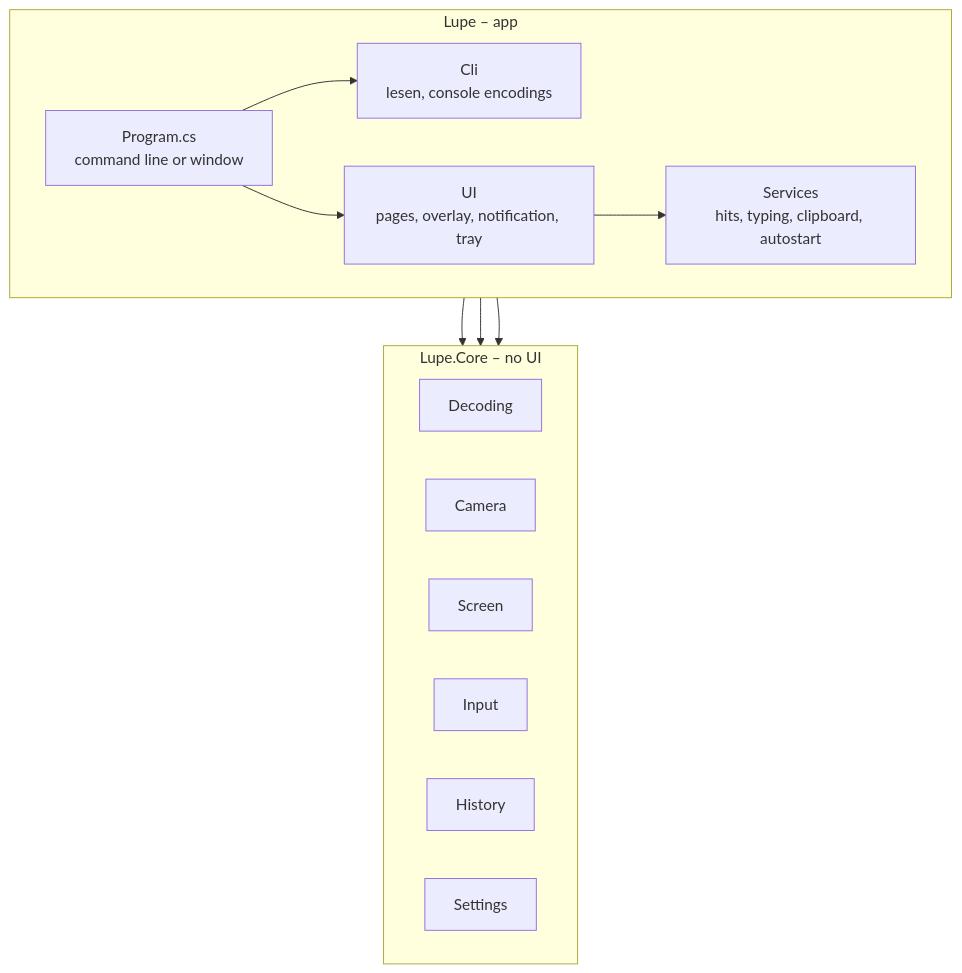
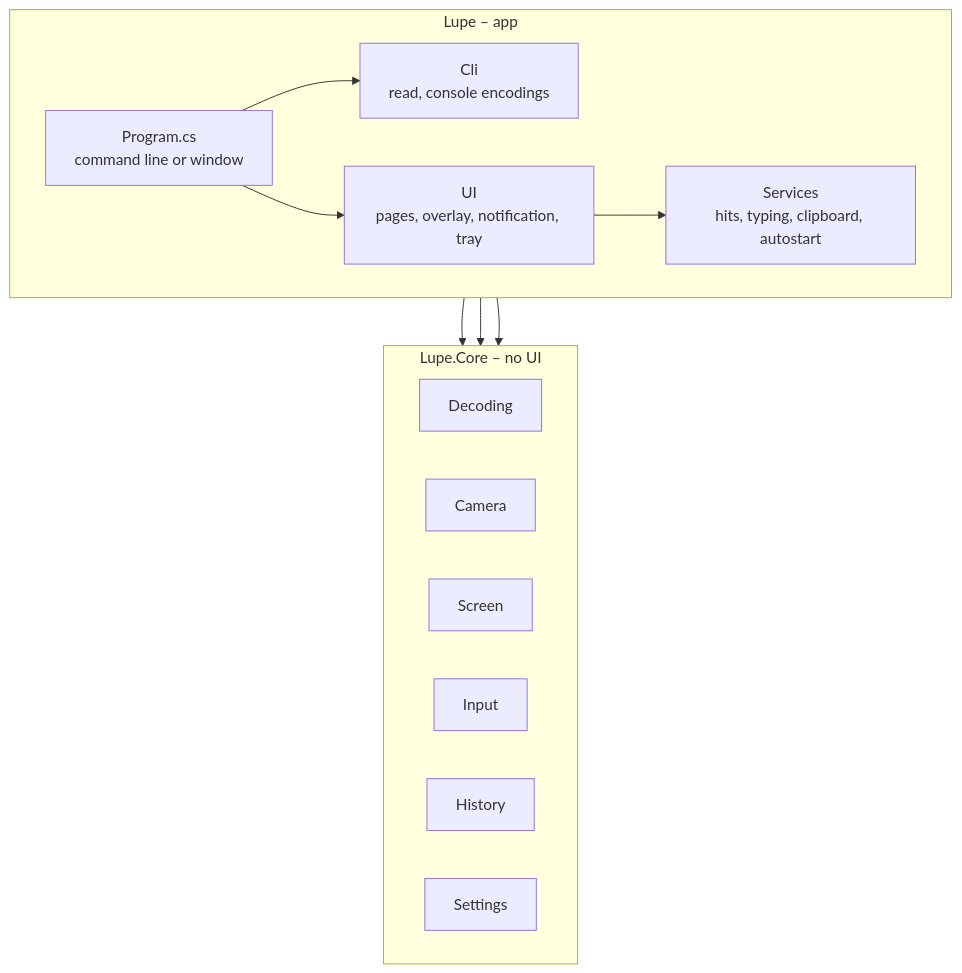
The diagram in docs/development.md (ict-baden/lupe), drawn with Mermaid before and after one commit. The commit also changed other lines of this file and 31 other files, not shown here.

````diff
--- a/docs/development.md
+++ b/docs/development.md
@@ -87,25 +87,25 @@
 ```mermaid
 flowchart TB
     subgraph App["Lupe – app"]
         direction LR
         P["Program.cs<br>command line or window"]
-        CLI["Cli<br>lesen, console encodings"]
+        CLI["Cli<br>read, console encodings"]
         UI["UI<br>pages, overlay, notification, tray"]
         S["Services<br>hits, typing, clipboard, autostart"]
         P --> CLI
         P --> UI
         UI --> S
     end
     subgraph Core["Lupe.Core – no UI"]
         direction LR
         DEC["Decoding"]
         CAM["Camera"]
         SCR["Screen"]
         INP["Input"]
         HIS["History"]
         SET["Settings"]
     end
     CLI --> DEC
     UI --> Core
     S --> Core
 ```
````
